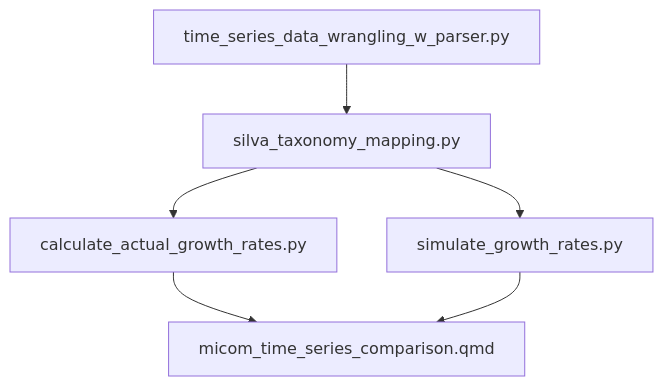
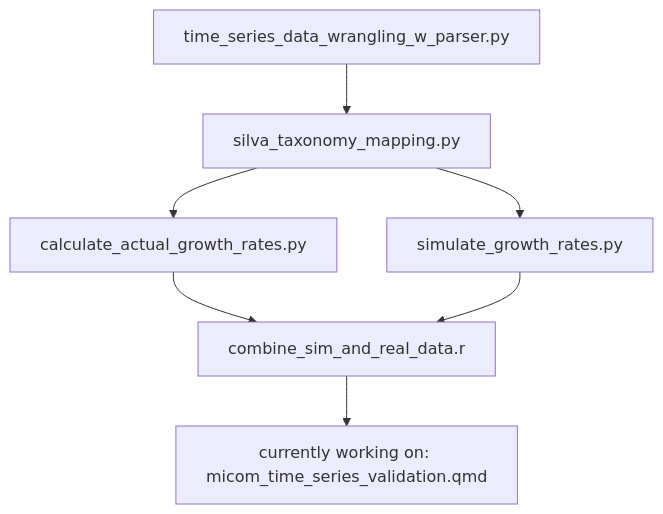
One commit to laurie-lyon/micom-time-series changed the diagram in README.md. Above: the diagram before and after it, drawn with Mermaid. The commit also changed other lines of this file, not shown here.

````diff
--- a/README.md
+++ b/README.md
@@ -78,14 +78,16 @@
 ```mermaid
 flowchart TD
     A --> B
     B --> C
     B --> D
     C --> E
     D --> E
+    E --> F
 
     A[time_series_data_wrangling_w_parser.py]
     B[silva_taxonomy_mapping.py]
     C[calculate_actual_growth_rates.py]
     D[simulate_growth_rates.py]
-    E[micom_time_series_comparison.qmd]
+    E[combine_sim_and_real_data.r]
+    F[currently working on: micom_time_series_validation.qmd]
 ```
````
